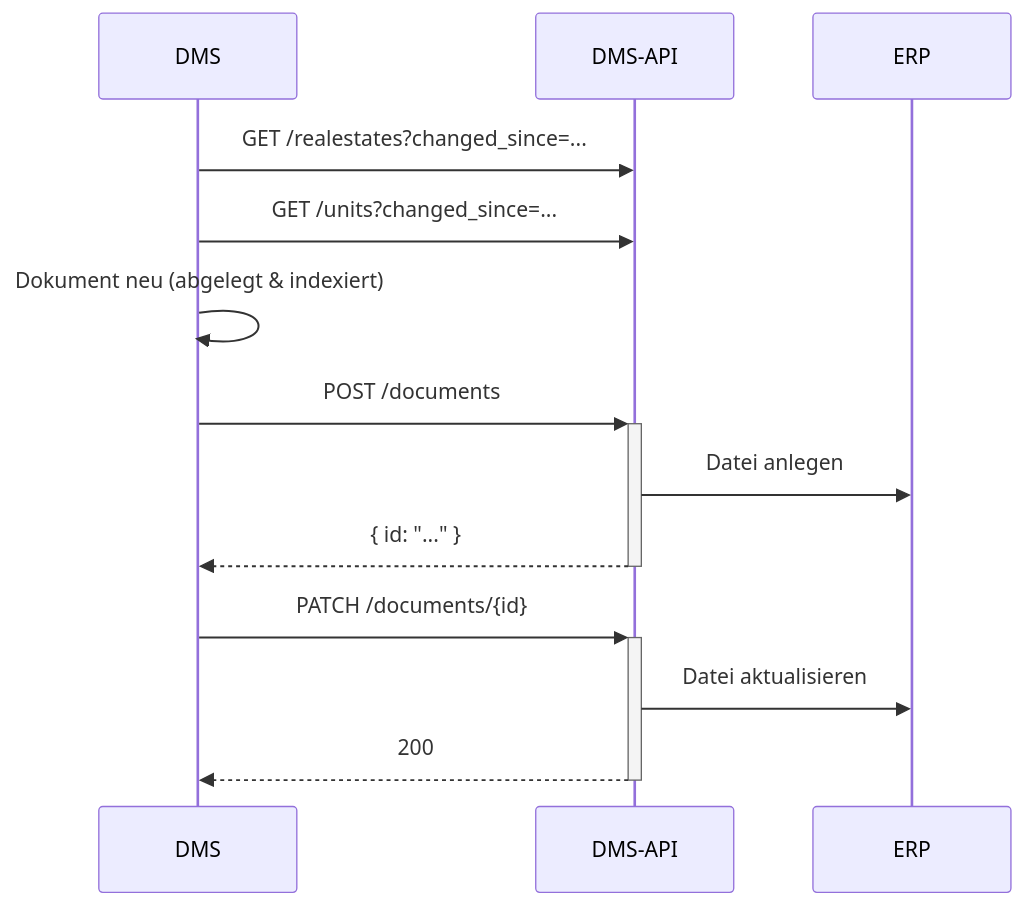
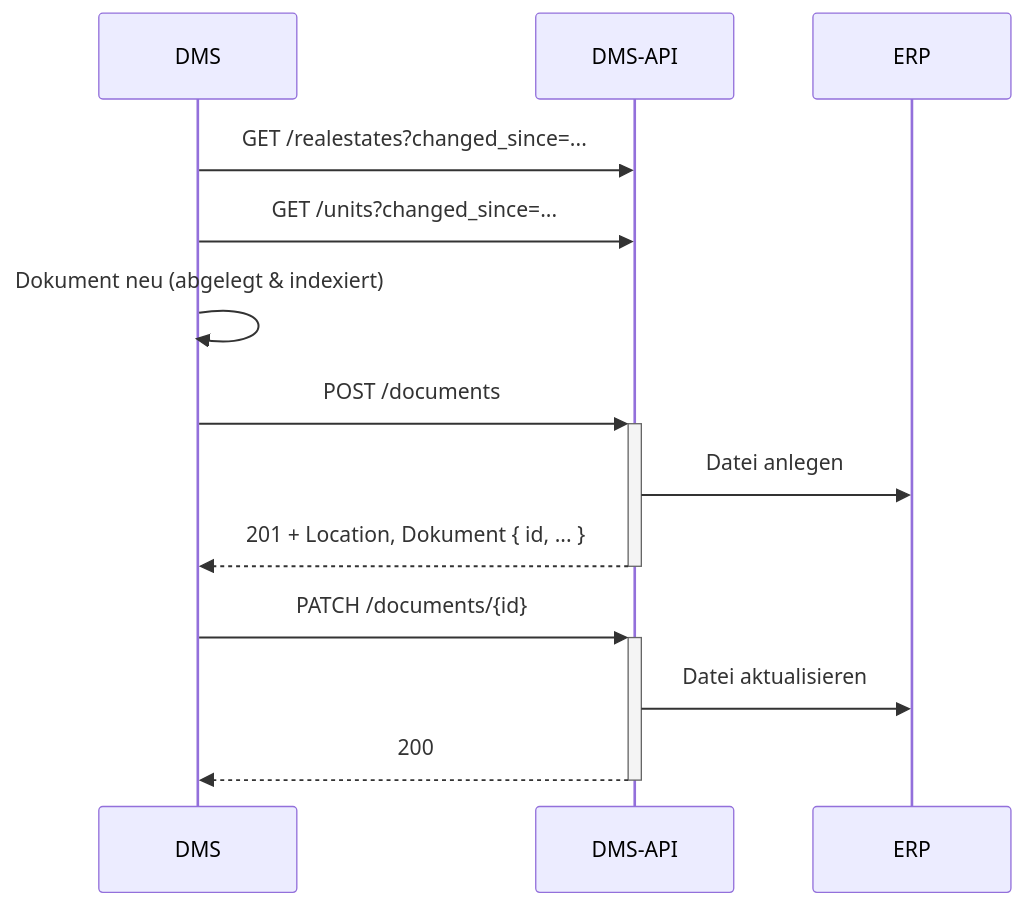
One commit to wwimmo/ww-dms-api changed the diagram in docs/2-anleitungen/1-dokument-importieren.md. Above: the diagram before and after it, drawn with Mermaid. The commit also changed other lines of this file and 37 other files, not shown here.

````diff
--- a/docs/2-anleitungen/1-dokument-importieren.md
+++ b/docs/2-anleitungen/1-dokument-importieren.md
@@ -57,15 +70,15 @@
 ```mermaid
 sequenceDiagram
   participant DMS
   participant API as DMS-API
   participant ERP
   DMS->>API: GET /realestates?changed_since=...
   DMS->>API: GET /units?changed_since=...
   DMS->>DMS: Dokument neu (abgelegt & indexiert)
   DMS->>+API: POST /documents
   API->>ERP: Datei anlegen
-  API-->>-DMS: { id: "..." }
+  API-->>-DMS: 201 + Location, Dokument { id, ... }
   DMS->>+API: PATCH /documents/{id}
   API->>ERP: Datei aktualisieren
   API-->>-DMS: 200
 ```
````
